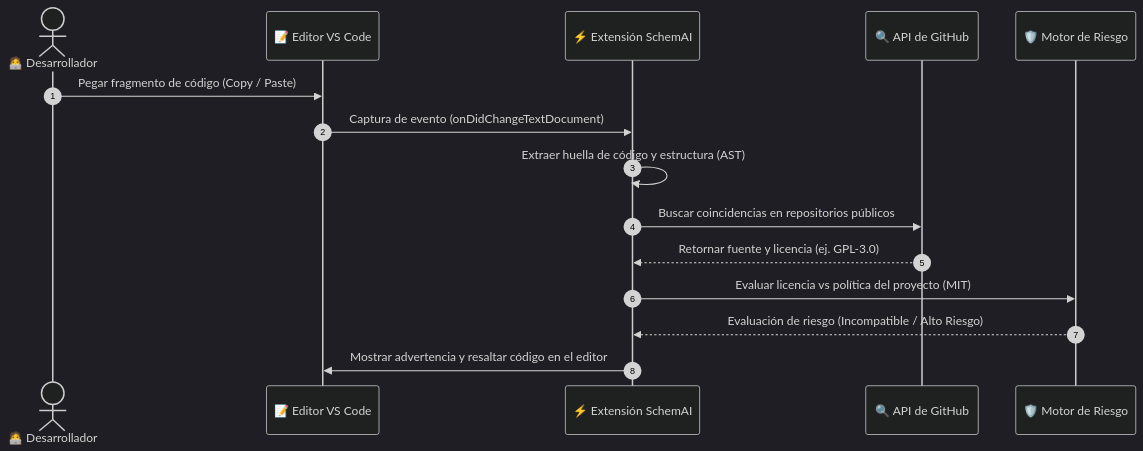
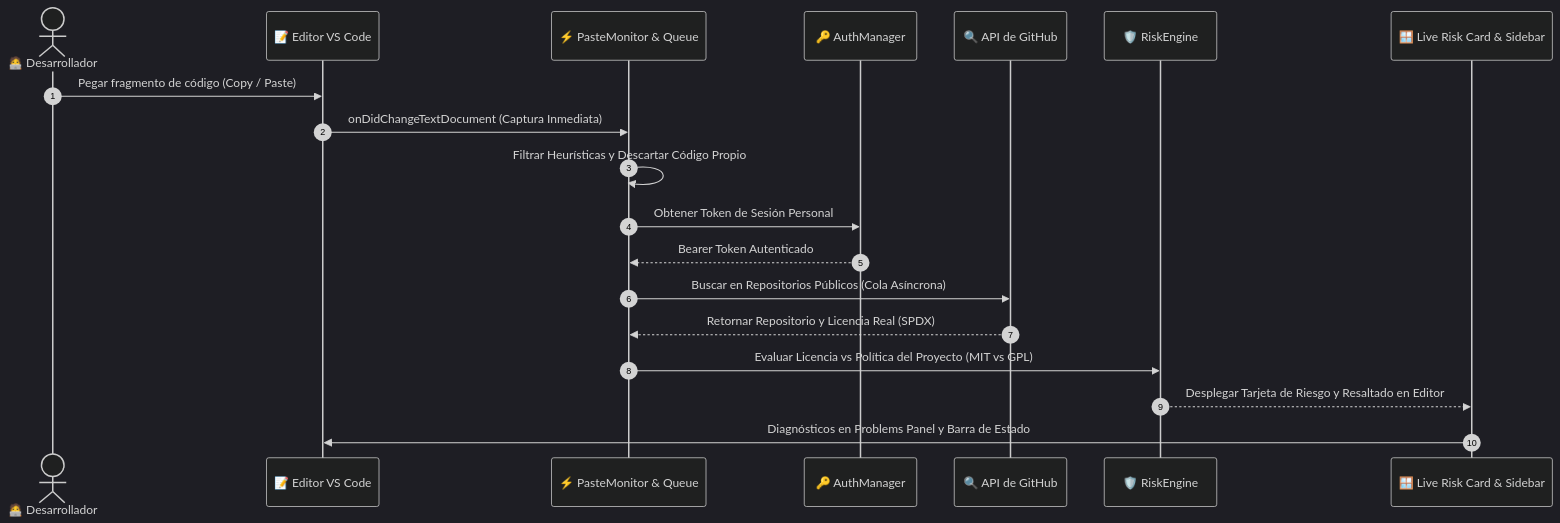
Before and after one commit to Hwai-technology/schemai: the first of 2 diagrams in README_ES.md, drawn with Mermaid (dark theme). The commit also changed other lines of this file and 8 other files, not shown here.

Commit message:
docs: update all README files with v0.1.1 architecture and add EditorConfig and Prettier configurations

````diff
--- a/README_ES.md
+++ b/README_ES.md
@@ -63,18 +63,22 @@
 ```mermaid
 sequenceDiagram
     autonumber
     actor Developer as 🧑‍💻 Desarrollador
-    participant VSCode as 📝 Editor VS Code
-    participant SchemAI as ⚡ Extensión SchemAI
+    participant Editor as 📝 Editor VS Code
+    participant Monitor as ⚡ PasteMonitor & Queue
+    participant Auth as 🔑 AuthManager
     participant GitHub as 🔍 API de GitHub
-    participant Engine as 🛡️ Motor de Riesgo
+    participant Engine as 🛡️ RiskEngine
+    participant UI as 🪟 Live Risk Card & Sidebar
 
-    Developer->>VSCode: Pegar fragmento de código (Copy / Paste)
-    VSCode->>SchemAI: Captura de evento (onDidChangeTextDocument)
-    SchemAI->>SchemAI: Extraer huella de código y estructura (AST)
-    SchemAI->>GitHub: Buscar coincidencias en repositorios públicos
-    GitHub-->>SchemAI: Retornar fuente y licencia (ej. GPL-3.0)
-    SchemAI->>Engine: Evaluar licencia vs política del proyecto (MIT)
-    Engine-->>SchemAI: Evaluación de riesgo (Incompatible / Alto Riesgo)
-    SchemAI->>VSCode: Mostrar advertencia y resaltar código en el editor
+    Developer->>Editor: Pegar fragmento de código (Copy / Paste)
+    Editor->>Monitor: onDidChangeTextDocument (Captura Inmediata)
+    Monitor->>Monitor: Filtrar Heurísticas y Descartar Código Propio
+    Monitor->>Auth: Obtener Token de Sesión Personal
+    Auth-->>Monitor: Bearer Token Autenticado
+    Monitor->>GitHub: Buscar en Repositorios Públicos (Cola Asíncrona)
+    GitHub-->>Monitor: Retornar Repositorio y Licencia Real (SPDX)
+    Monitor->>Engine: Evaluar Licencia vs Política del Proyecto (MIT vs GPL)
+    Engine-->>UI: Desplegar Tarjeta de Riesgo y Resaltado en Editor
+    UI->>Editor: Diagnósticos en Problems Panel y Barra de Estado
 ```
````
